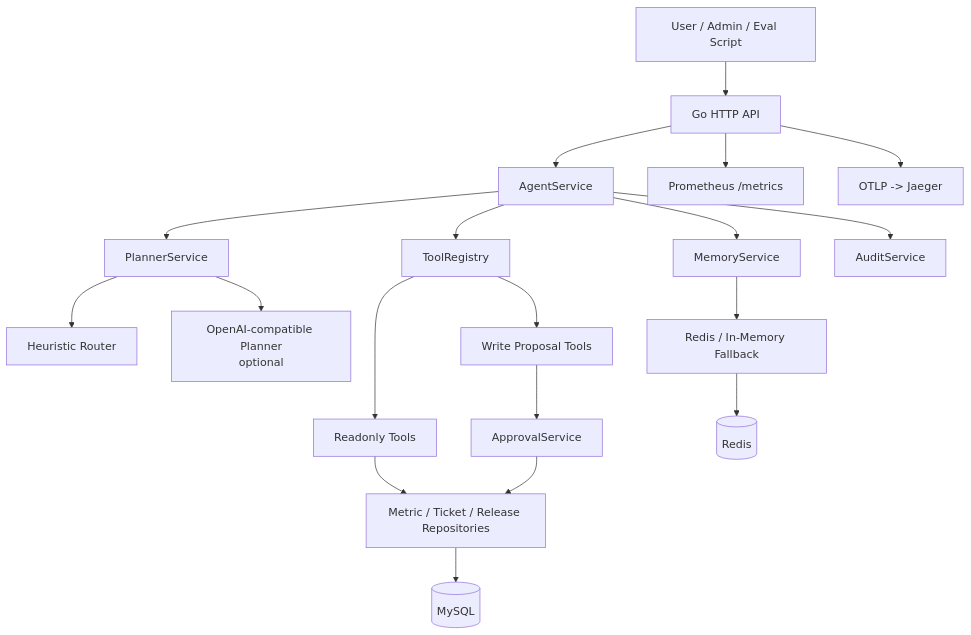
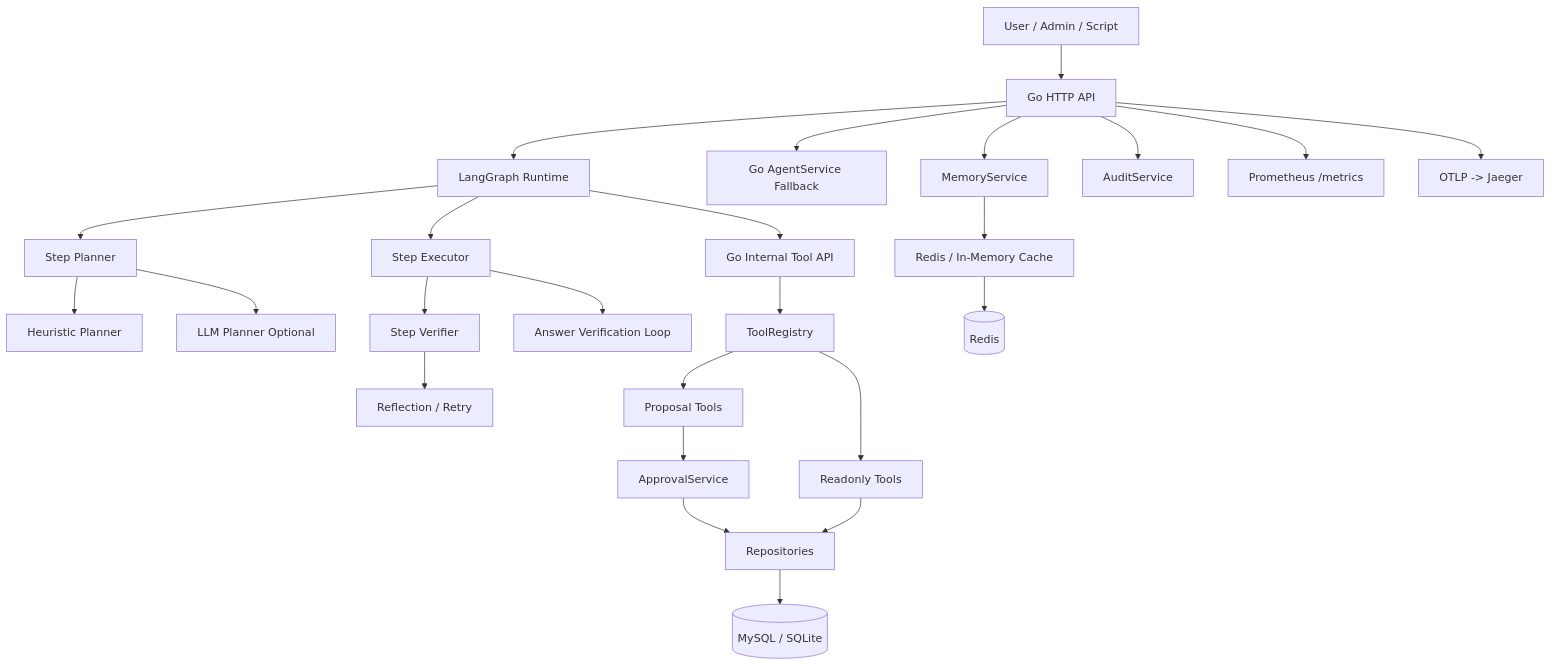
Before and after one commit to huadeng408/ops-agent-copilot: the first of 2 diagrams in README.md, drawn with Mermaid. The commit also changed other lines of this file and 41 other files, not shown here.

````diff
--- a/README.md
+++ b/README.md
@@ -45,21 +132,32 @@
 ```mermaid
 graph TD
-    User[User / Admin / Eval Script] --> API[Go HTTP API]
-    API --> Agent[AgentService]
-    Agent --> Planner[PlannerService]
-    Planner --> Router[Heuristic Router]
-    Planner --> LLM[OpenAI-compatible Planner<br/>optional]
-    Agent --> Tools[ToolRegistry]
+    User[User / Admin / Script] --> API[Go HTTP API]
+    API --> LG[LangGraph Runtime]
+    API --> GoFallback[Go AgentService Fallback]
+
+    LG --> Planner[Step Planner]
+    Planner --> Heuristic[Heuristic Planner]
+    Planner --> LLM[LLM Planner Optional]
+    LG --> Execute[Step Executor]
+    Execute --> StepVerify[Step Verifier]
+    StepVerify --> Reflect[Reflection / Retry]
+    Execute --> AnswerVerify[Answer Verification Loop]
+
+    LG --> Internal[Go Internal Tool API]
+    Internal --> Tools[ToolRegistry]
     Tools --> Readonly[Readonly Tools]
-    Tools --> Proposal[Write Proposal Tools]
+    Tools --> Proposal[Proposal Tools]
+
     Proposal --> Approval[ApprovalService]
-    Agent --> Memory[MemoryService]
-    Memory --> Cache[Redis / In-Memory Fallback]
-    Agent --> Audit[AuditService]
+    Approval --> Repo[Repositories]
+    Readonly --> Repo
+
+    API --> Memory[MemoryService]
+    Memory --> Cache[Redis / In-Memory Cache]
+    API --> Audit[AuditService]
     API --> Metrics[Prometheus /metrics]
     API --> Trace[OTLP -> Jaeger]
-    Readonly --> Repo[Metric / Ticket / Release Repositories]
-    Approval --> Repo
-    Repo --> MySQL[(MySQL)]
+
+    Repo --> MySQL[(MySQL / SQLite)]
     Cache --> Redis[(Redis)]
 ```
````
